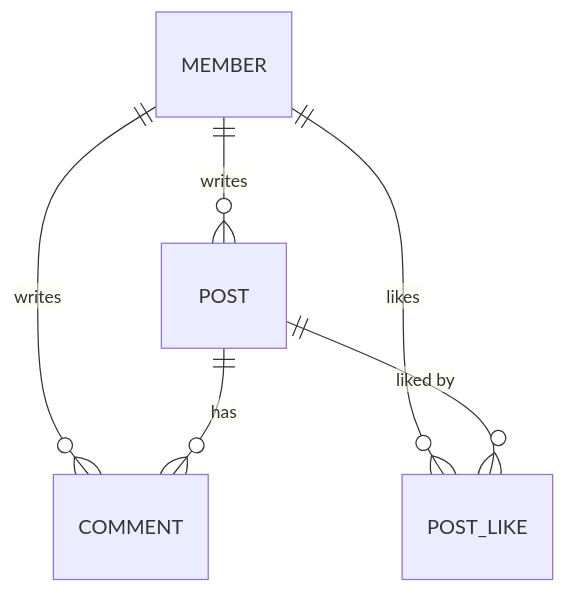
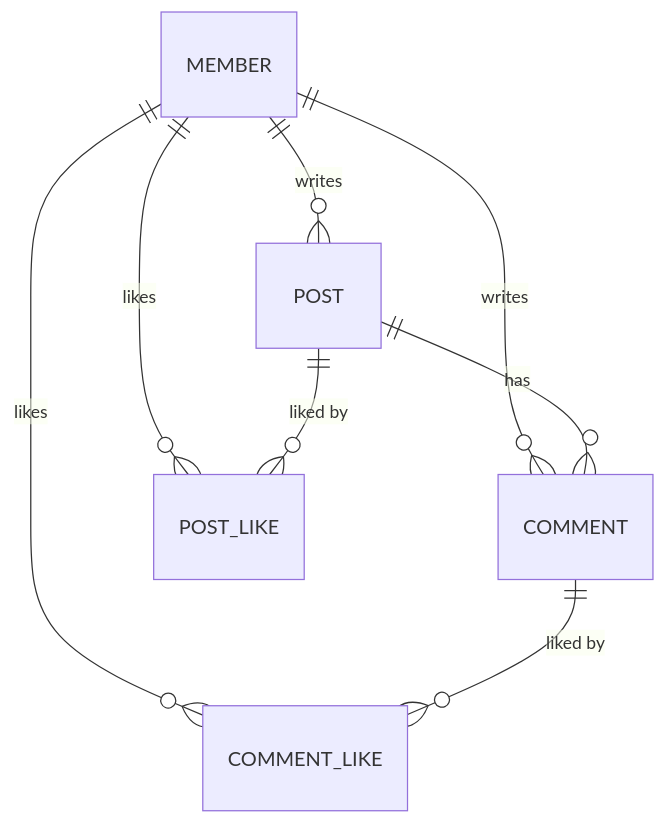
The second of 2 diagrams in README.md (ochanhyeok/spring-crud-api), drawn with Mermaid before and after one commit. The commit also changed other lines of this file, not shown here.

Commit message:
docs: add comment like and duplicate like handling to readme

````diff
--- a/README.md
+++ b/README.md
@@ -46,8 +46,10 @@
 ```mermaid
 erDiagram
     MEMBER ||--o{ POST : writes
     MEMBER ||--o{ COMMENT : writes
     POST ||--o{ COMMENT : has
     MEMBER ||--o{ POST_LIKE : likes
     POST ||--o{ POST_LIKE : "liked by"
+    MEMBER ||--o{ COMMENT_LIKE : likes
+    COMMENT ||--o{ COMMENT_LIKE : "liked by"
 ```
````
